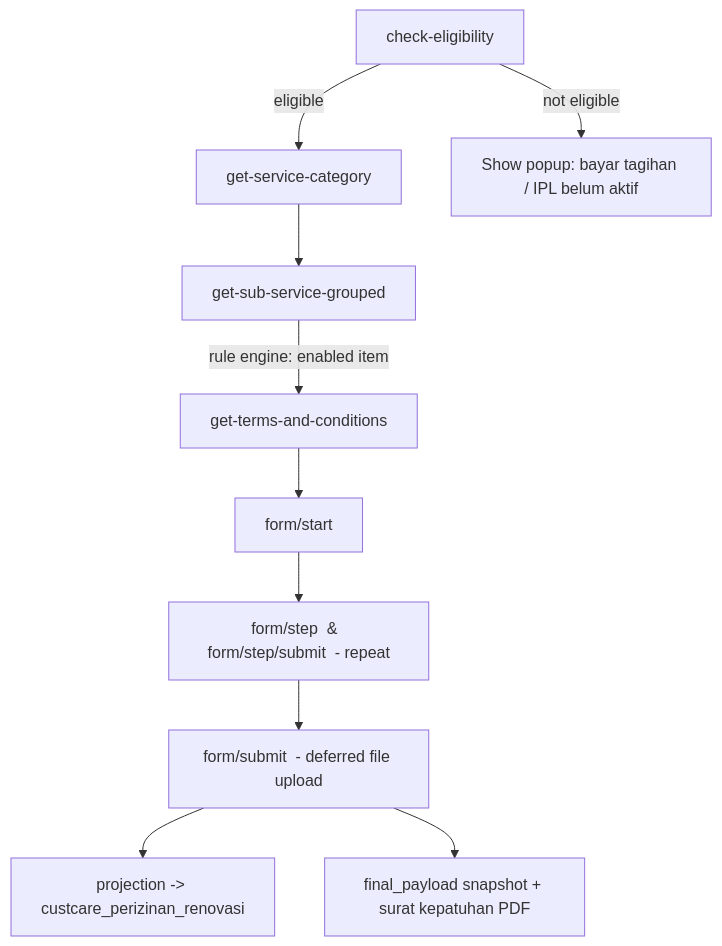
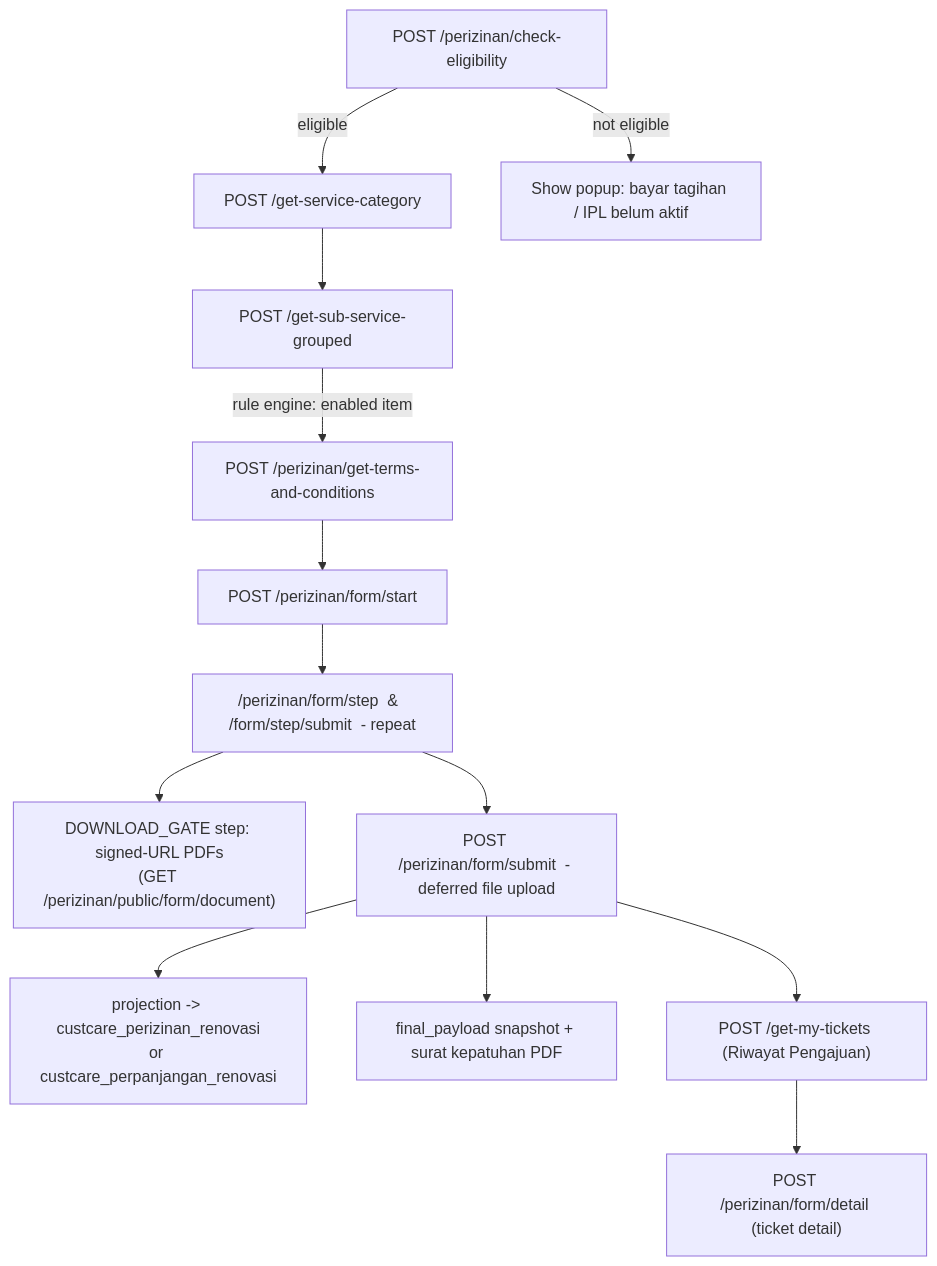
The diagram in docs/customer-care/intro.md (adminustrator/documentation), drawn with Mermaid before and after one commit. The commit also changed other lines of this file and 6 other files, not shown here.

````diff
--- a/docs/customer-care/intro.md
+++ b/docs/customer-care/intro.md
@@ -48,12 +68,15 @@
 ```mermaid
 flowchart TD
-    A[check-eligibility] -->|eligible| B[get-service-category]
+    A["POST /perizinan/check-eligibility"] -->|eligible| B["POST /get-service-category"]
     A -->|not eligible| A1[Show popup: bayar tagihan / IPL belum aktif]
-    B --> C[get-sub-service-grouped]
-    C -->|rule engine: enabled item| D[get-terms-and-conditions]
-    D --> E[form/start]
-    E --> F[form/step  &  form/step/submit  - repeat]
-    F --> G[form/submit  - deferred file upload]
-    G --> H[projection -> custcare_perizinan_renovasi]
+    B --> C["POST /get-sub-service-grouped"]
+    C -->|rule engine: enabled item| D["POST /perizinan/get-terms-and-conditions"]
+    D --> E["POST /perizinan/form/start"]
+    E --> F["/perizinan/form/step  &  /form/step/submit  - repeat"]
+    F --> DG["DOWNLOAD_GATE step: signed-URL PDFs\n(GET /perizinan/public/form/document)"]
+    F --> G["POST /perizinan/form/submit  - deferred file upload"]
+    G --> H["projection -> custcare_perizinan_renovasi\nor custcare_perpanjangan_renovasi"]
     G --> I[final_payload snapshot + surat kepatuhan PDF]
+    G --> J["POST /get-my-tickets (Riwayat Pengajuan)"]
+    J --> K["POST /perizinan/form/detail (ticket detail)"]
 ```
````
